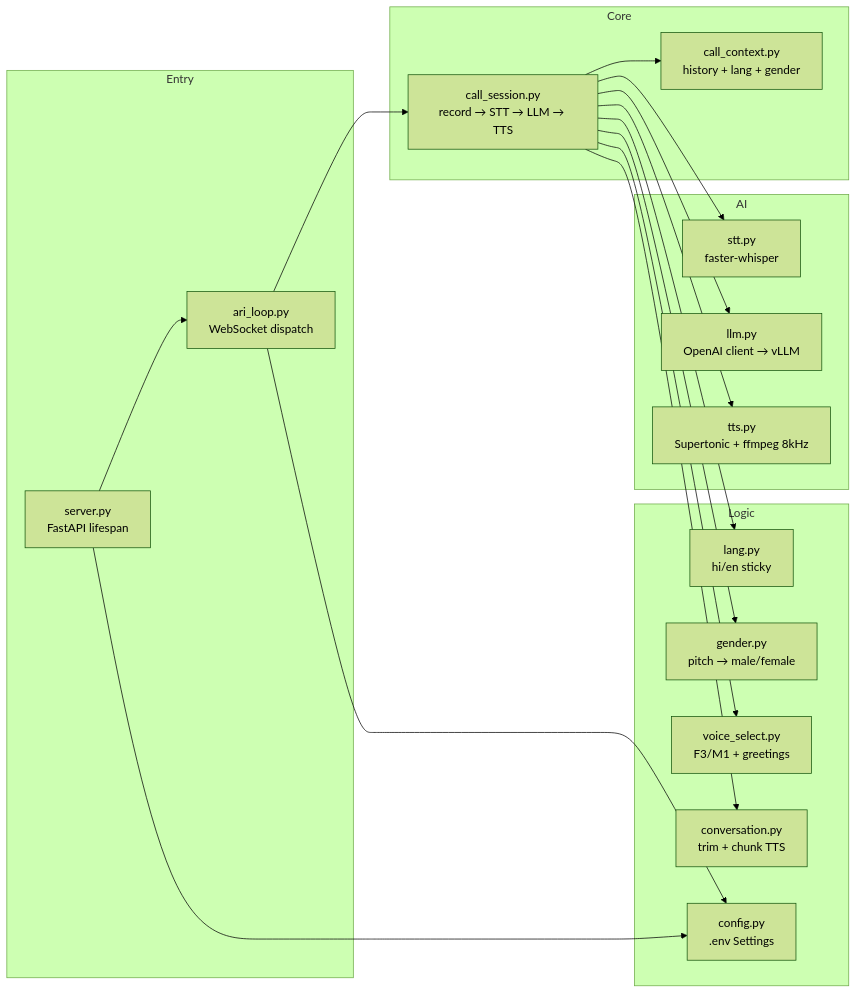
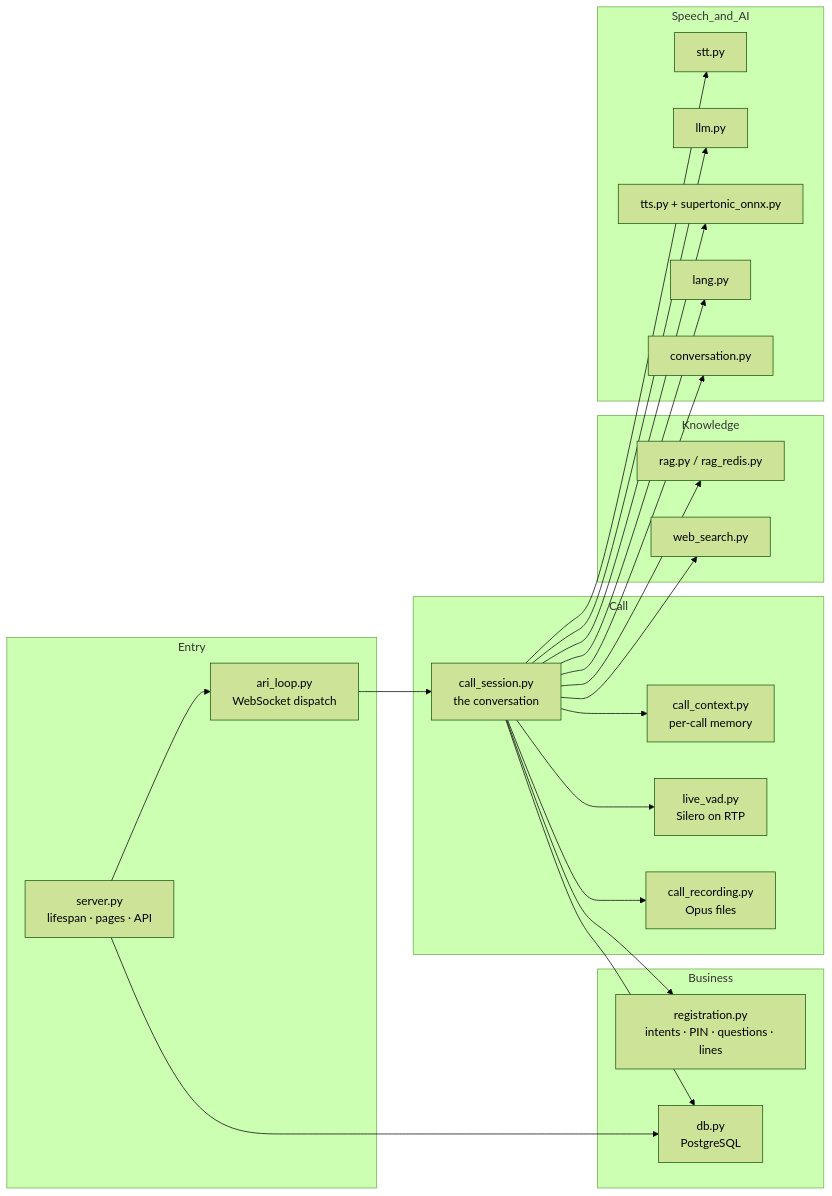
The fourth of 5 diagrams in ARCHITECTURE.md (shyam302/Harvix-AI-Calling), drawn with Mermaid (forest theme) before and after one commit. The commit also changed other lines of this file, not shown here.

Commit message:
ARCHITECTURE.md: rewrite for Docker, live VAD/echo, RAG in Redis, PostgreSQL, PIN, complaints, hang-up, admin pages

````diff
--- a/ARCHITECTURE.md
+++ b/ARCHITECTURE.md
@@ -98,39 +180,43 @@
 ```mermaid
 flowchart LR
     subgraph Entry
-        server[server.py\nFastAPI lifespan]
-        ari_loop[ari_loop.py\nWebSocket dispatch]
+        server[server.py<br/>lifespan · pages · API]
+        ari_loop[ari_loop.py<br/>WebSocket dispatch]
+    end
+    subgraph Call
+        call_session[call_session.py<br/>the conversation]
+        call_context[call_context.py<br/>per-call memory]
+        live_vad[live_vad.py<br/>Silero on RTP]
+        call_recording[call_recording.py<br/>Opus files]
+    end
+    subgraph Business
+        registration[registration.py<br/>intents · PIN · questions · lines]
+        db[db.py<br/>PostgreSQL]
+    end
+    subgraph Knowledge
+        rag[rag.py / rag_redis.py]
+        web_search[web_search.py]
+    end
+    subgraph Speech_and_AI
+        stt[stt.py]
+        llm[llm.py]
+        tts[tts.py + supertonic_onnx.py]
+        lang[lang.py]
+        conversation[conversation.py]
     end
 
-    subgraph Core
-        call_session[call_session.py\nrecord → STT → LLM → TTS]
-        call_context[call_context.py\nhistory + lang + gender]
-    end
-
-    subgraph AI
-        stt[stt.py\nfaster-whisper]
-        llm[llm.py\nOpenAI client → vLLM]
-        tts[tts.py\nSupertonic + ffmpeg 8kHz]
-    end
-
-    subgraph Logic
-        lang[lang.py\nhi/en sticky]
-        gender[gender.py\npitch → male/female]
-        voice_select[voice_select.py\nF3/M1 + greetings]
-        conversation[conversation.py\ntrim + chunk TTS]
-        config[config.py\n.env Settings]
-    end
-
-    server --> ari_loop
-    ari_loop --> call_session
+    server --> ari_loop --> call_session
+    server --> db
     call_session --> call_context
+    call_session --> live_vad
+    call_session --> call_recording
+    call_session --> registration
+    call_session --> db
+    call_session --> rag
+    call_session --> web_search
     call_session --> stt
     call_session --> llm
     call_session --> tts
     call_session --> lang
-    call_session --> gender
-    call_session --> voice_select
     call_session --> conversation
-    server --> config
-    ari_loop --> config
 ```
````
